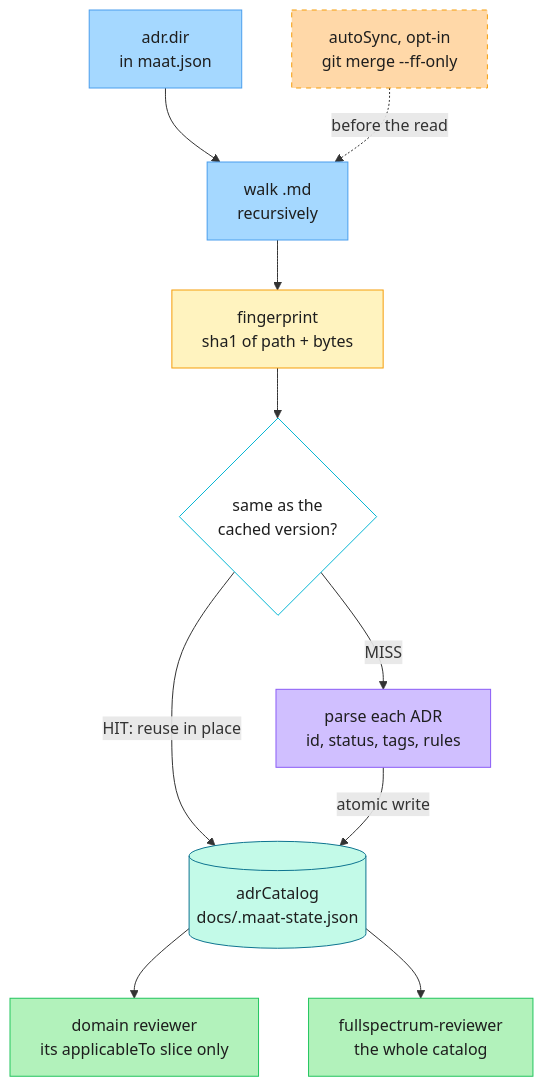
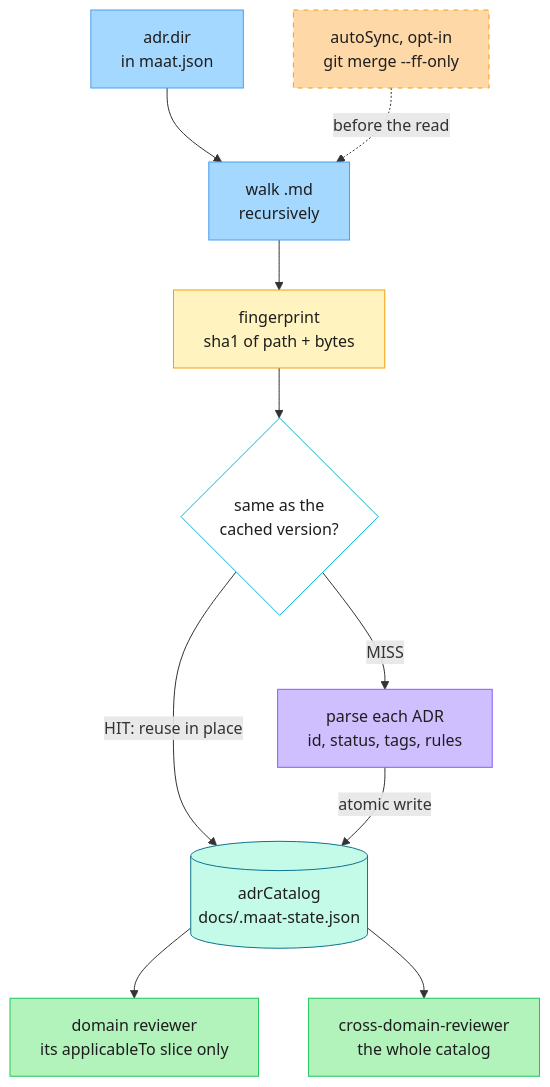
The third of 3 diagrams in README.md (mohannadrabie/maat), drawn with Mermaid before and after one commit. The commit also changed other lines of this file and 61 other files, not shown here.

````diff
--- a/README.md
+++ b/README.md
@@ -196,22 +196,22 @@
 ```mermaid
 flowchart TB
     S["adr.dir<br/>in maat.json"] --> W["walk .md<br/>recursively"]
     A["autoSync, opt-in<br/>git merge --ff-only"] -. "before the read" .-> W
     W --> FP["fingerprint<br/>sha1 of path + bytes"]
     FP --> Q{"same as the<br/>cached version?"}
     Q -- "HIT: reuse in place" --> C[("adrCatalog<br/>docs/.maat-state.json")]
     Q -- MISS --> P["parse each ADR<br/>id, status, tags, rules"]
     P -- "atomic write" --> C
     C --> R1["domain reviewer<br/>its applicableTo slice only"]
-    C --> R2["fullspectrum-reviewer<br/>the whole catalog"]
+    C --> R2["cross-domain-reviewer<br/>the whole catalog"]
 
     style S fill:#a5d8ff,stroke:#4a9eed,color:#1e1e1e
     style A fill:#ffd8a8,stroke:#f59e0b,color:#1e1e1e,stroke-dasharray: 5 5
     style W fill:#a5d8ff,stroke:#4a9eed,color:#1e1e1e
     style FP fill:#fff3bf,stroke:#f59e0b,color:#1e1e1e
     style Q fill:#ffffff,stroke:#06b6d4,color:#1e1e1e
     style P fill:#d0bfff,stroke:#8b5cf6,color:#1e1e1e
     style C fill:#c3fae8,stroke:#0e7490,color:#1e1e1e
     style R1 fill:#b2f2bb,stroke:#22c55e,color:#1e1e1e
     style R2 fill:#b2f2bb,stroke:#22c55e,color:#1e1e1e
 ```
````
